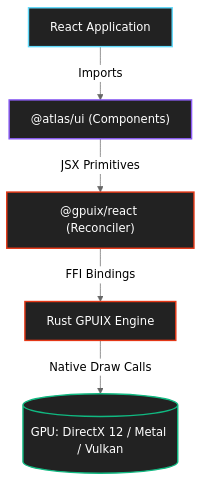
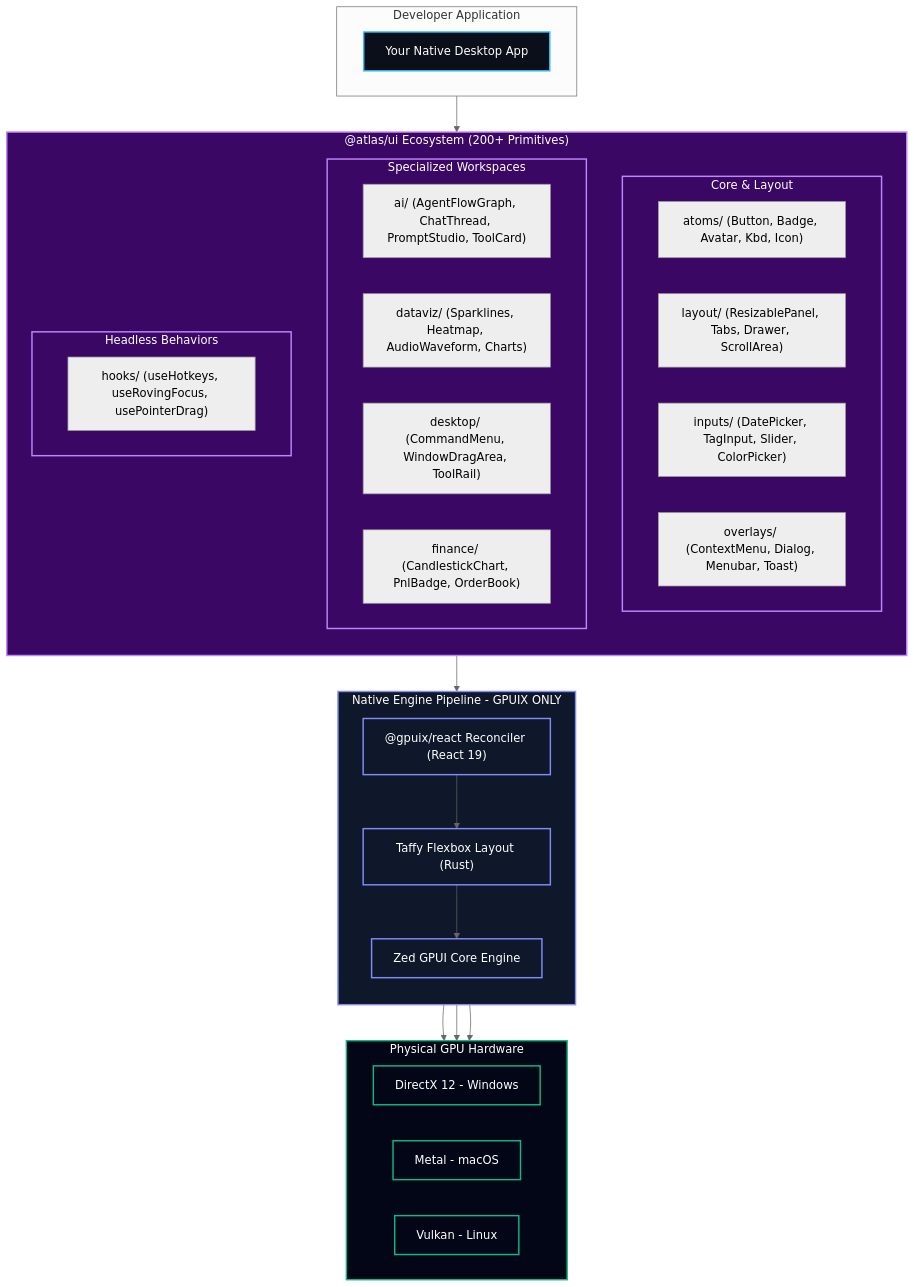
One commit to amafjarkasi/atlas-ui changed the diagram in README.md. Above: the diagram before and after it, drawn with Mermaid (neutral theme). The commit also changed other lines of this file and 2 other files, not shown here.

Commit message:
docs: overhaul README with high-tech SVG banner, GPUIX-exclusive warnings, architecture comparison matrix, and full domain breakdown

````diff
--- a/README.md
+++ b/README.md
@@ -107,17 +54,60 @@
 ```mermaid
-flowchart TD
-    A[React Application] -->|Imports| B["@atlas/ui (Components)"]
-    B -->|JSX Primitives| C["@gpuix/react (Reconciler)"]
-    C -->|FFI Bindings| D[Rust GPUIX Engine]
-    D -->|Native Draw Calls| E[(GPU: DirectX 12 / Metal / Vulkan)]
+flowchart TB
+    subgraph AppLayer [Developer Application]
+        direction LR
+        App[Your Native Desktop App]
+    end
 
-    classDef react fill:#222,stroke:#61dafb,stroke-width:2px,color:#fff;
-    classDef atlas fill:#222,stroke:#8b5cf6,stroke-width:2px,color:#fff;
-    classDef rust fill:#222,stroke:#e43716,stroke-width:2px,color:#fff;
-    classDef gpu fill:#222,stroke:#10b981,stroke-width:2px,color:#fff;
+    subgraph AtlasUI ["@atlas/ui Ecosystem (200+ Primitives)"]
+        direction TB
+        subgraph CoreModules [Core & Layout]
+            Atoms["atoms/ (Button, Badge, Avatar, Kbd, Icon)"]
+            Layout["layout/ (ResizablePanel, Tabs, Drawer, ScrollArea)"]
+            Inputs["inputs/ (DatePicker, TagInput, Slider, ColorPicker)"]
+            Overlays["overlays/ (ContextMenu, Dialog, Menubar, Toast)"]
+        end
 
-    class A react
-    class B atlas
-    class C,D rust
-    class E gpu
+        subgraph AdvancedModules [Specialized Workspaces]
+            AI["ai/ (AgentFlowGraph, ChatThread, PromptStudio, ToolCard)"]
+            DataViz["dataviz/ (Sparklines, Heatmap, AudioWaveform, Charts)"]
+            Desktop["desktop/ (CommandMenu, WindowDragArea, ToolRail)"]
+            Finance["finance/ (CandlestickChart, PnlBadge, OrderBook)"]
+        end
+
+        subgraph HeadlessEngines [Headless Behaviors]
+            Hooks["hooks/ (useHotkeys, useRovingFocus, usePointerDrag)"]
+        end
+    end
+
+    subgraph GPUIRuntime [Native Engine Pipeline - GPUIX ONLY]
+        direction TB
+        Reconciler["@gpuix/react Reconciler (React 19)"]
+        Taffy["Taffy Flexbox Layout (Rust)"]
+        ZedGPUI["Zed GPUI Core Engine"]
+    end
+
+    subgraph Hardware [Physical GPU Hardware]
+        direction LR
+        DX12[DirectX 12 - Windows]
+        Metal[Metal - macOS]
+        Vulkan[Vulkan - Linux]
+    end
+
+    App --> AtlasUI
+    AtlasUI --> Reconciler
+    Reconciler --> Taffy
+    Taffy --> ZedGPUI
+    ZedGPUI --> DX12
+    ZedGPUI --> Metal
+    ZedGPUI --> Vulkan
+
+    classDef brand fill:#0b0f19,stroke:#38bdf8,stroke-width:2px,color:#fff;
+    classDef runtime fill:#0f172a,stroke:#818cf8,stroke-width:2px,color:#fff;
+    classDef hardware fill:#020617,stroke:#10b981,stroke-width:2px,color:#fff;
+    classDef warning fill:#3b0764,stroke:#c084fc,stroke-width:2px,color:#fff;
+
+    class App brand;
+    class AtlasUI,CoreModules,AdvancedModules,HeadlessEngines warning;
+    class GPUIRuntime,Reconciler,Taffy,ZedGPUI runtime;
+    class Hardware,DX12,Metal,Vulkan hardware;
 ```
````
